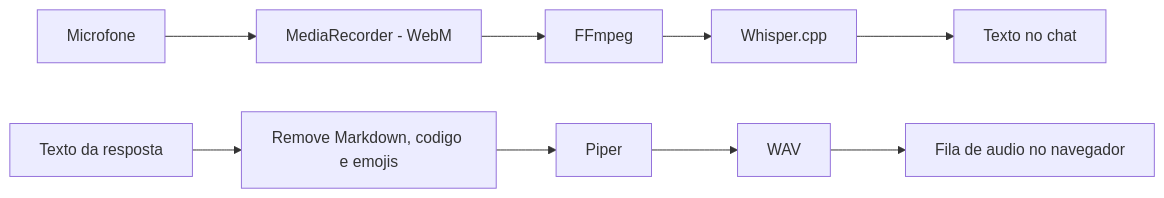
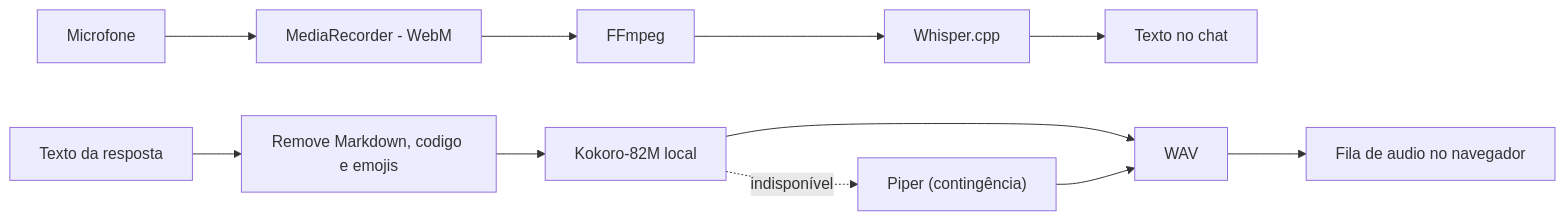
The seventh of 8 diagrams in docs/ARCHITECTURE.md (SamuckqaDev/avento-ia), drawn with Mermaid before and after one commit. The commit also changed other lines of this file and 21 other files, not shown here.

````diff
--- a/docs/ARCHITECTURE.md
+++ b/docs/ARCHITECTURE.md
@@ -735,12 +735,14 @@
 ```mermaid
 flowchart LR
     MIC["Microfone"] --> WEBM["MediaRecorder - WebM"]
     WEBM --> FFMPEG["FFmpeg"]
     FFMPEG --> WHISPER["Whisper.cpp"]
     WHISPER --> TEXT["Texto no chat"]
 
     ANSWER["Texto da resposta"] --> NORMALIZE["Remove Markdown, codigo e emojis"]
-    NORMALIZE --> PIPER["Piper"]
-    PIPER --> WAV["WAV"]
+    NORMALIZE --> KOKORO["Kokoro-82M local"]
+    KOKORO --> WAV["WAV"]
+    KOKORO -. indisponível .-> PIPER["Piper (contingência)"]
+    PIPER --> WAV
     WAV --> BROWSER["Fila de audio no navegador"]
 ```
````
